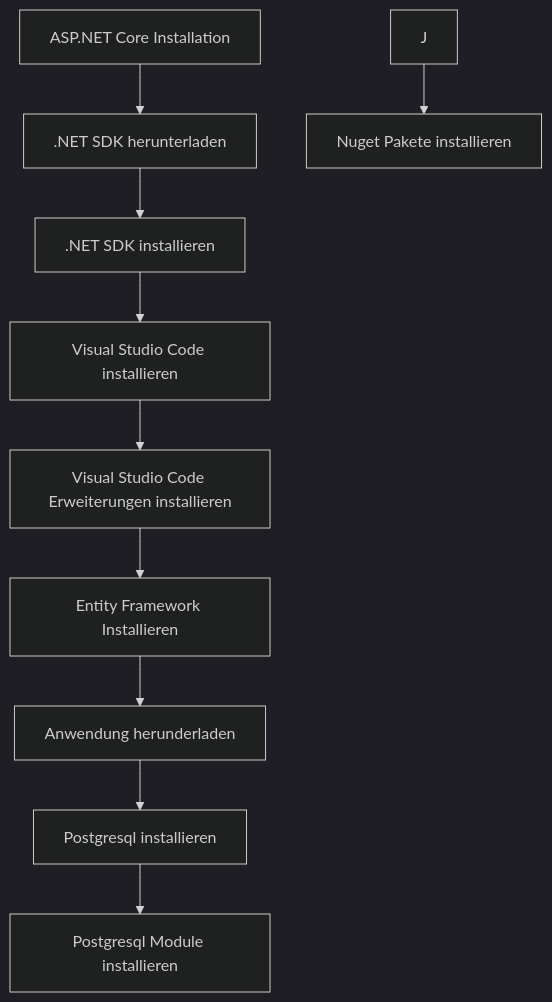
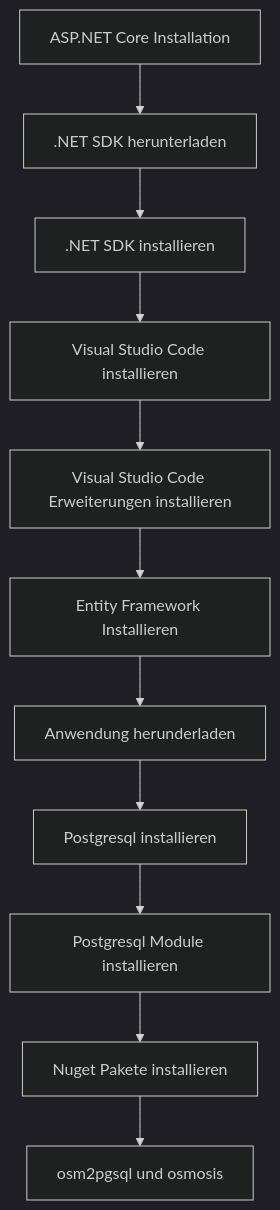
The diagram in docs/docs/Installieren/Aspnetcore.md (thorstenkloehn/aspnetcoremvc), drawn with Mermaid (dark theme) before and after one commit. The commit also changed 8 other files, not shown here.

````diff
--- a/docs/docs/Installieren/Aspnetcore.md
+++ b/docs/docs/Installieren/Aspnetcore.md
@@ -4,13 +4,16 @@
 ```mermaid
 graph TD
     A[ASP.NET Core Installation] --> B[.NET SDK herunterladen]
     B --> C[.NET SDK installieren]
     C --> D[Visual Studio Code installieren]
     D --> E[Visual Studio Code Erweiterungen installieren]
     E --> F[Entity Framework Installieren]
     F --> G[Anwendung herunderladen]
     G --> H[Postgresql installieren]
     H --> I[Postgresql Module installieren]
-    J --> K[Nuget Pakete installieren]
+    I --> J[Nuget Pakete installieren]
+    J --> K[osm2pgsql und osmosis]
+
+  
 
 ```
````
